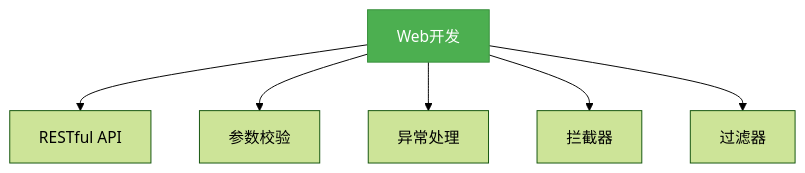
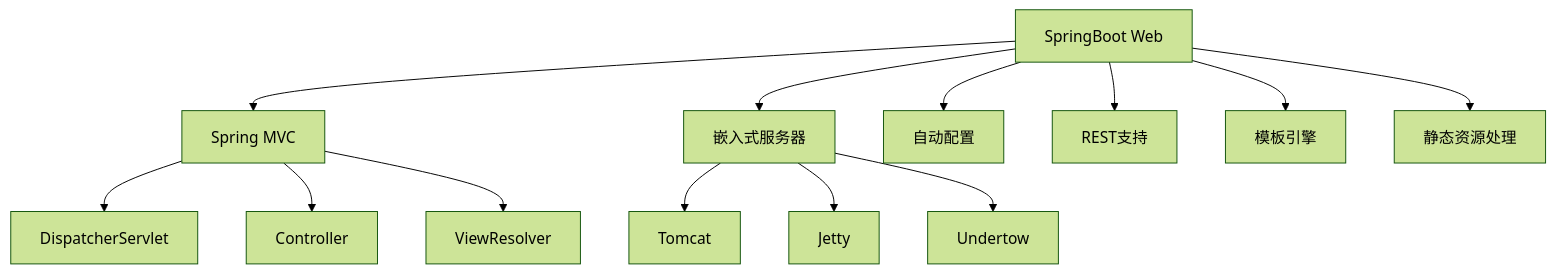
Before and after one commit to lindaifeng/lindaifeng.github.io: the diagram in src/frame/springboot/4. SpringBoot Web开发.md, drawn with Mermaid (forest theme). The commit also changed other lines of this file and 17 other files, not shown here.

````diff
--- a/src/frame/springboot/4. SpringBoot Web开发.md
+++ b/src/frame/springboot/4. SpringBoot Web开发.md
@@ -7,12 +12,17 @@
 ```mermaid
-graph TD
-    A[Web开发] --> B[RESTful API]
-    A --> C[参数校验]
-    A --> D[异常处理]
-    A --> E[拦截器]
-    A --> F[过滤器]
-
-    classDef structure fill:#4CAF50,stroke:#388E3C,color:white;
-    class A structure;
-    class B,C,D,E,F algorithm;
+graph TB
+    A[SpringBoot Web] --> B[Spring MVC]
+    A --> C[嵌入式服务器]
+    A --> D[自动配置]
+    A --> E[REST支持]
+    A --> F[模板引擎]
+    A --> G[静态资源处理]
+    
+    B --> B1[DispatcherServlet]
+    B --> B2[Controller]
+    B --> B3[ViewResolver]
+    
+    C --> C1[Tomcat]
+    C --> C2[Jetty]
+    C --> C3[Undertow]
 ```
````
